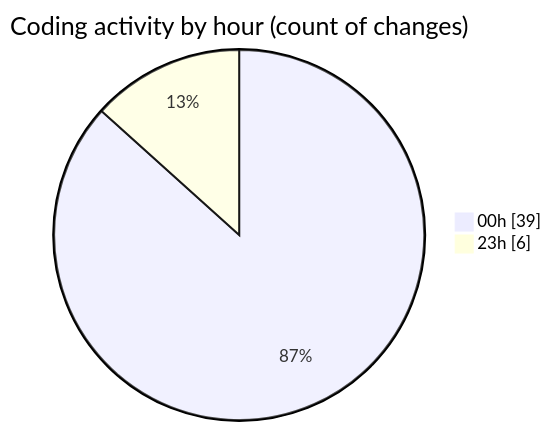
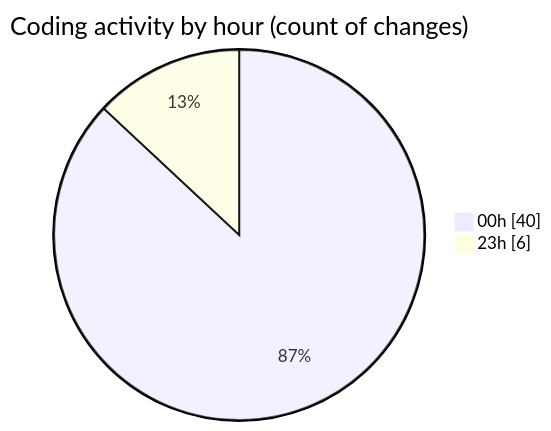
One commit to Netris89/code-tracking changed the second of 2 diagrams in 2025-05-03/date/README.md. Above: the diagram before and after it, drawn with Mermaid. The commit also changed other lines of this file and 1 other file, not shown here.

````diff
--- a/2025-05-03/date/README.md
+++ b/2025-05-03/date/README.md
@@ -37,6 +37,6 @@
 ```mermaid
 pie showData
 title Coding activity by hour (count of changes)
-"00h" : 39
+"00h" : 40
 "23h" : 6
 ```
````
